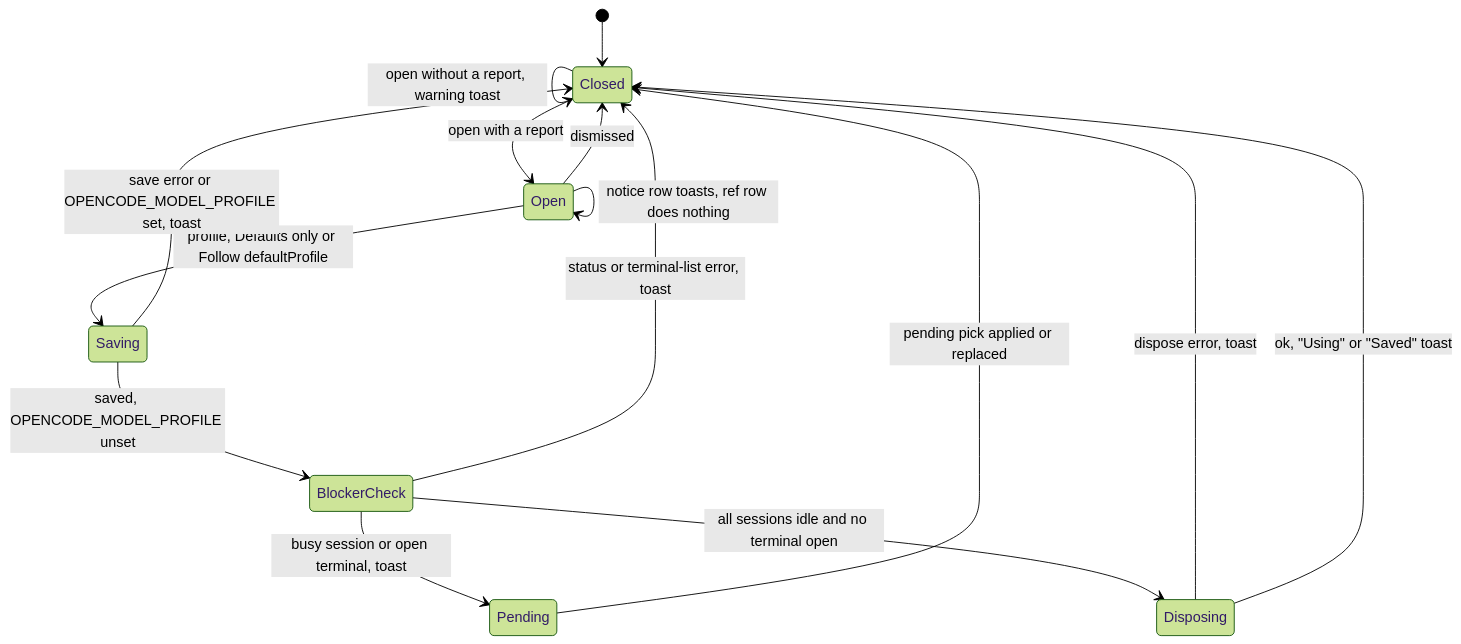
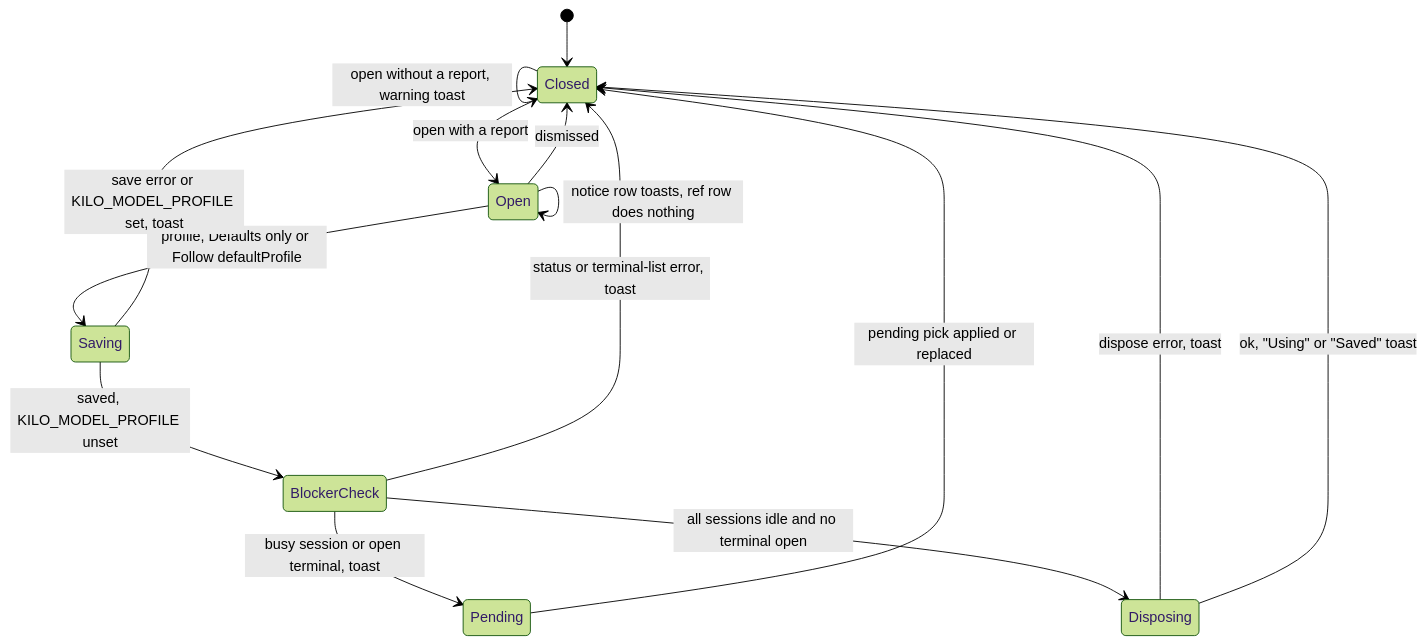
Before and after one commit to lunchbox-labs/kilo-model-profiles: the sixth of 7 diagrams in docs/state-machines.md, drawn with Mermaid (forest theme). The commit also changed other lines of this file and 37 other files, not shown here.

Commit message:
Port model profiles to Kilo CLI (#1)

````diff
--- a/docs/state-machines.md
+++ b/docs/state-machines.md
@@ -141,17 +141,17 @@
 ```mermaid
 stateDiagram-v2
     [*] --> Closed
     Closed --> Closed: open without a report, warning toast
     Closed --> Open: open with a report
     Open --> Open: notice row toasts, ref row does nothing
     Open --> Closed: dismissed
     Open --> Saving: profile, Defaults only or Follow defaultProfile
-    Saving --> Closed: save error or OPENCODE_MODEL_PROFILE set, toast
-    Saving --> BlockerCheck: saved, OPENCODE_MODEL_PROFILE unset
+    Saving --> Closed: save error or KILO_MODEL_PROFILE set, toast
+    Saving --> BlockerCheck: saved, KILO_MODEL_PROFILE unset
     BlockerCheck --> Closed: status or terminal-list error, toast
     BlockerCheck --> Pending: busy session or open terminal, toast
     BlockerCheck --> Disposing: all sessions idle and no terminal open
     Disposing --> Closed: dispose error, toast
     Disposing --> Closed: ok, "Using" or "Saved" toast
     Pending --> Closed: pending pick applied or replaced
 ```
````
